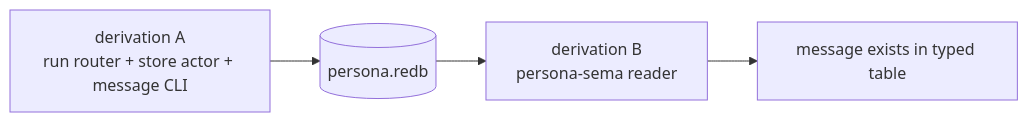
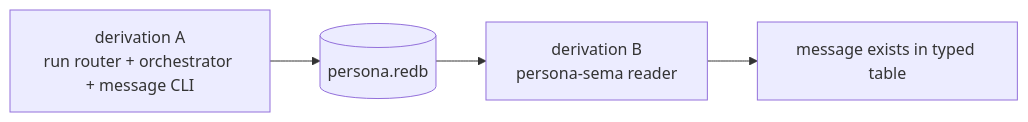
The fourth of 4 diagrams in reports/operator/74-signal-sema-persona-forward-implementation.md (LiGoldragon/primary), drawn with Mermaid before and after one commit. The commit also changed other lines of this file and 6 other files, not shown here.

````diff
--- a/reports/operator/74-signal-sema-persona-forward-implementation.md
+++ b/reports/operator/74-signal-sema-persona-forward-implementation.md
@@ -145,11 +145,11 @@
 ```mermaid
 flowchart LR
-    writer["derivation A<br/>run router + store actor + message CLI"]
+    writer["derivation A<br/>run router + orchestrator + message CLI"]
     database[("persona.redb")]
     reader["derivation B<br/>persona-sema reader"]
     pass["message exists in typed table"]
 
     writer --> database
     database --> reader
     reader --> pass
 ```
````
